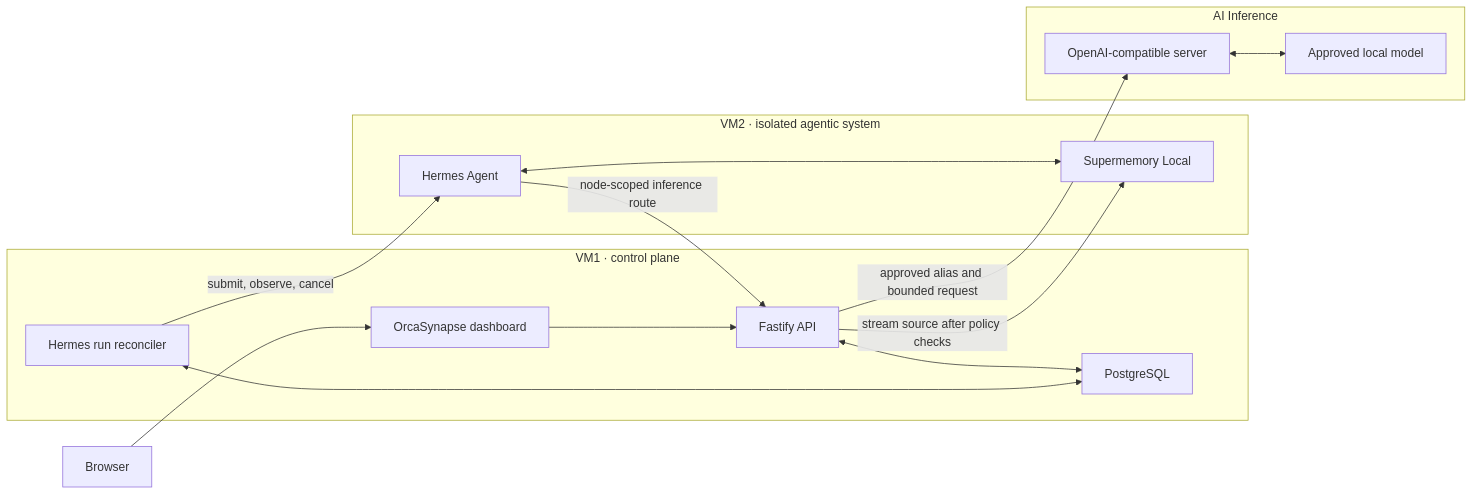
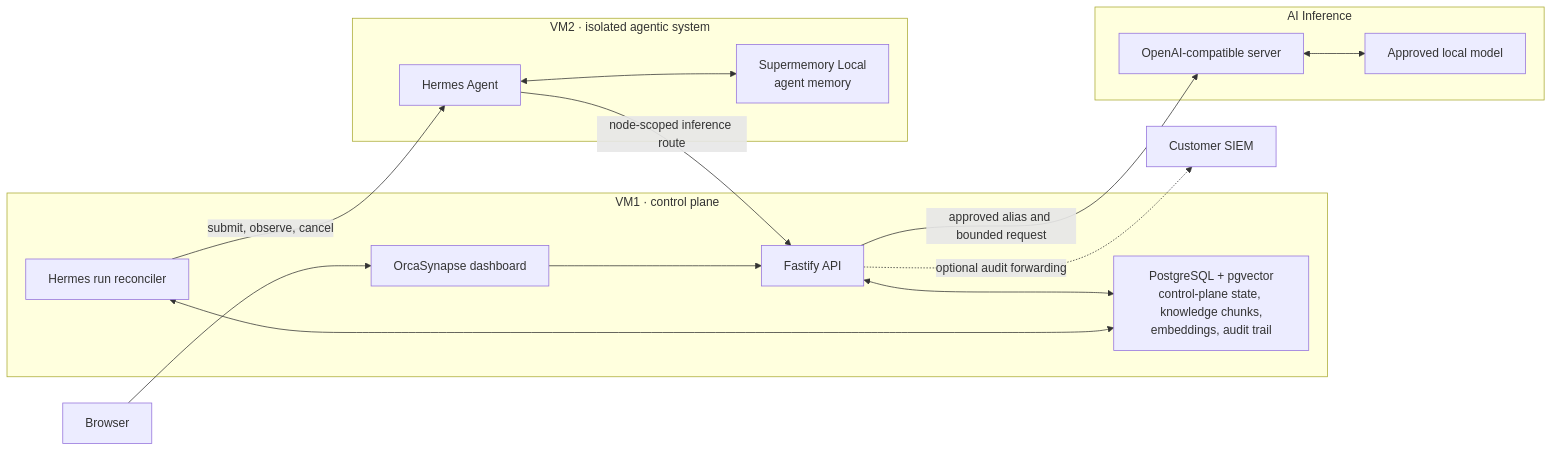
The diagram in docs/ARCHITECTURE.md (multichainerz/AI), drawn with Mermaid before and after one commit. The commit also changed other lines of this file and 64 other files, not shown here.

````diff
--- a/docs/ARCHITECTURE.md
+++ b/docs/ARCHITECTURE.md
@@ -7,23 +7,23 @@
 ```mermaid
 flowchart LR
   USER["Browser"] --> WEB["OrcaSynapse dashboard"]
 
   subgraph VM1["VM1 · control plane"]
     WEB --> API["Fastify API"]
-    API <--> PG["PostgreSQL"]
+    API <--> PG["PostgreSQL + pgvector<br/>control-plane state, knowledge chunks,<br/>embeddings, audit trail"]
     WORKER["Hermes run reconciler"] <--> PG
   end
 
   subgraph VM2["VM2 · isolated agentic system"]
-    HERMES["Hermes Agent"] <--> SM["Supermemory Local"]
+    HERMES["Hermes Agent"] <--> SM["Supermemory Local<br/>agent memory"]
   end
 
   subgraph GPU["AI Inference"]
     SERVER["OpenAI-compatible server"] <--> MODEL["Approved local model"]
   end
 
-  API -->|"stream source after policy checks"| SM
   WORKER -->|"submit, observe, cancel"| HERMES
   HERMES -->|"node-scoped inference route"| API
   API -->|"approved alias and bounded request"| SERVER
+  API -.->|"optional audit forwarding"| SIEM["Customer SIEM"]
 ```
````
